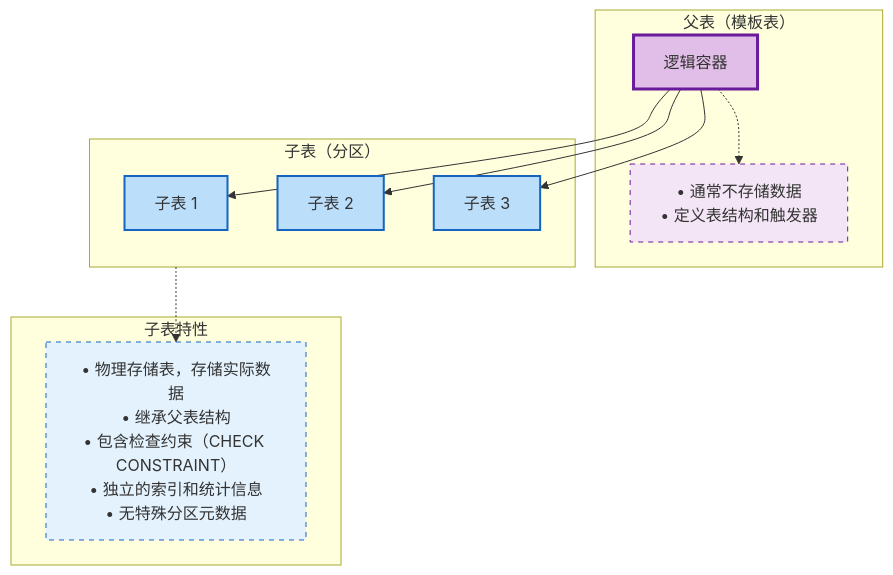
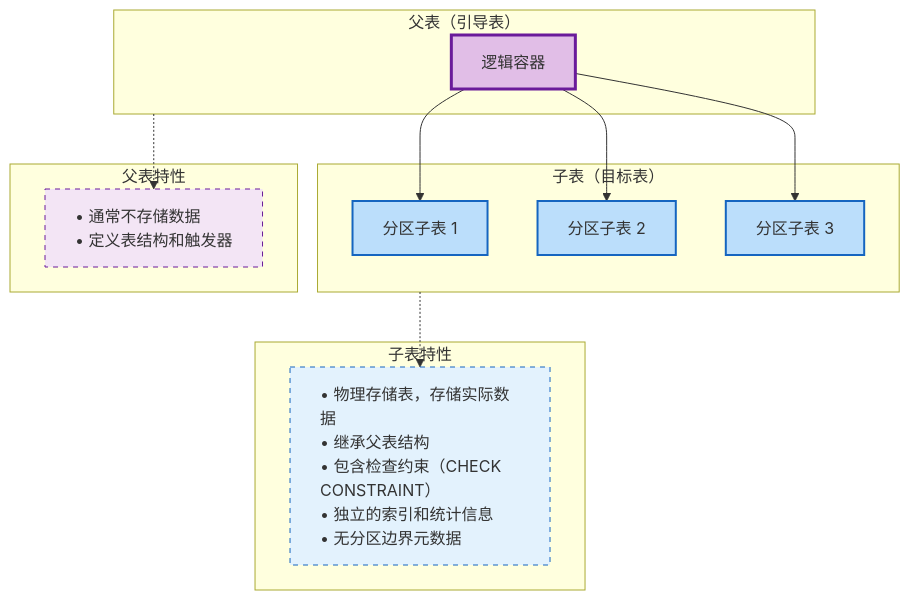
The sixth of 6 diagrams in document/PostgreSQL/PostgreSQL 分区表最佳实践与底层原理.md (watslab/interview_doc), drawn with Mermaid before and after one commit. The commit also changed other lines of this file and 6 other files, not shown here.

````diff
--- a/document/PostgreSQL/PostgreSQL 分区表最佳实践与底层原理.md
+++ b/document/PostgreSQL/PostgreSQL 分区表最佳实践与底层原理.md
@@ -532,31 +537,36 @@
 ```mermaid
 flowchart TB
-    subgraph ParentTable["父表（模板表）"]
+		classDef leftAlign text-align:left;
+		
+    subgraph ParentTable["父表（引导表）"]
         Parent["逻辑容器"]
-        ParentNote["• 通常不存储数据<br/>• 定义表结构和触发器"]
     end
     
-    subgraph ChildTables["子表（分区）"]
-        Child1["子表 1"]
-        Child2["子表 2"]
-        Child3["子表 3"]
+    subgraph ChildTables["子表（目标表）"]
+        Child1["分区子表 1"]
+        Child2["分区子表 2"]
+        Child3["分区子表 3"]
     end
+
+		subgraph ParentFeatures["父表特性"]
+		    ParentNote["• 通常不存储数据<br/>• 定义表结构和触发器"]:::leftAlign
+		end
     
     subgraph ChildFeatures["子表特性"]
-        FeatureNote["• 物理存储表，存储实际数据<br/>• 继承父表结构<br/>• 包含检查约束（CHECK CONSTRAINT）<br/>• 独立的索引和统计信息<br/>• 无特殊分区元数据"]
+        FeatureNote["• 物理存储表，存储实际数据<br/>• 继承父表结构<br/>• 包含检查约束（CHECK CONSTRAINT）<br/>• 独立的索引和统计信息<br/>• 无分区边界元数据"]:::leftAlign
     end
     
     Parent --> Child1
     Parent --> Child2
     Parent --> Child3
     
-    Parent -.-> ParentNote
+    ParentTable -.-> ParentNote
     ChildTables -.-> FeatureNote
     
     style Parent fill:#e1bee7,stroke:#6a1b9a,stroke-width:3px
     style ParentNote fill:#f3e5f5,stroke:#6a1b9a,stroke-width:1px,stroke-dasharray:5,5
     style Child1 fill:#bbdefb,stroke:#1565c0,stroke-width:2px
     style Child2 fill:#bbdefb,stroke:#1565c0,stroke-width:2px
     style Child3 fill:#bbdefb,stroke:#1565c0,stroke-width:2px
     style FeatureNote fill:#e3f2fd,stroke:#1565c0,stroke-width:1px,stroke-dasharray:5,5
 ```
````
